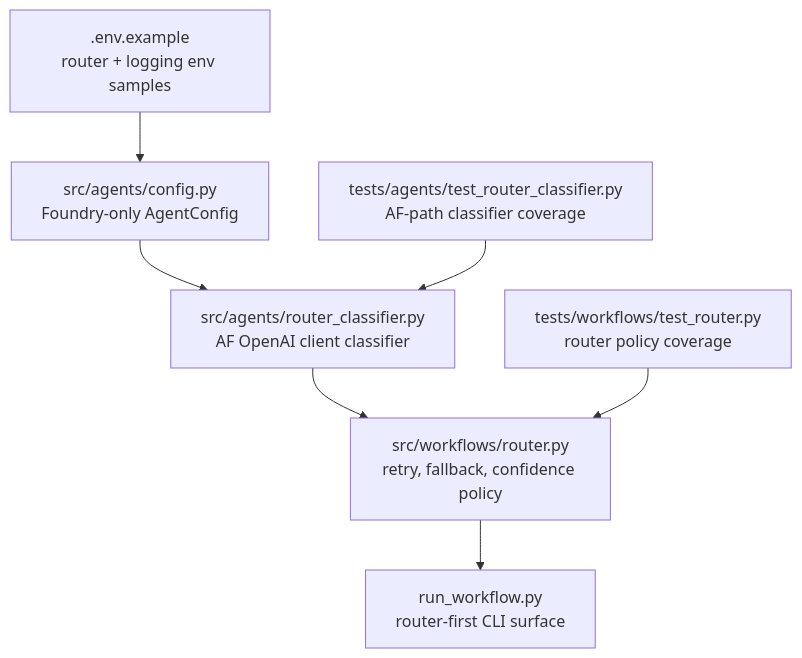
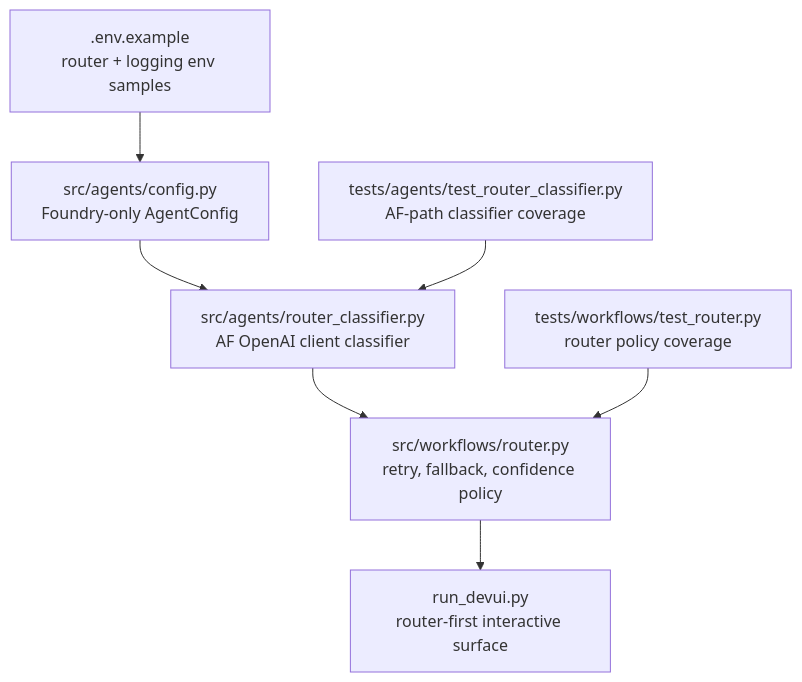
Before and after one commit to cristofima/maf-graphrag-series: the diagram in docs/part6-implementation-notes.md, drawn with Mermaid. The commit also changed other lines of this file and 8 other files, not shown here.

First line of the commit message:
docs: update documentation and replace CLI with DevUI for agent and workflow interactions

````diff
--- a/docs/part6-implementation-notes.md
+++ b/docs/part6-implementation-notes.md
@@ -18,9 +18,9 @@
 ```mermaid
 flowchart TD
 	A["src/agents/config.py\nFoundry-only AgentConfig"] --> B["src/agents/router_classifier.py\nAF OpenAI client classifier"]
 	B --> C["src/workflows/router.py\nretry, fallback, confidence policy"]
-	C --> D["run_workflow.py\nrouter-first CLI surface"]
+	C --> D["run_devui.py\nrouter-first interactive surface"]
 	E[".env.example\nrouter + logging env samples"] --> A
 	F["tests/agents/test_router_classifier.py\nAF-path classifier coverage"] --> B
 	G["tests/workflows/test_router.py\nrouter policy coverage"] --> C
 ```
````
